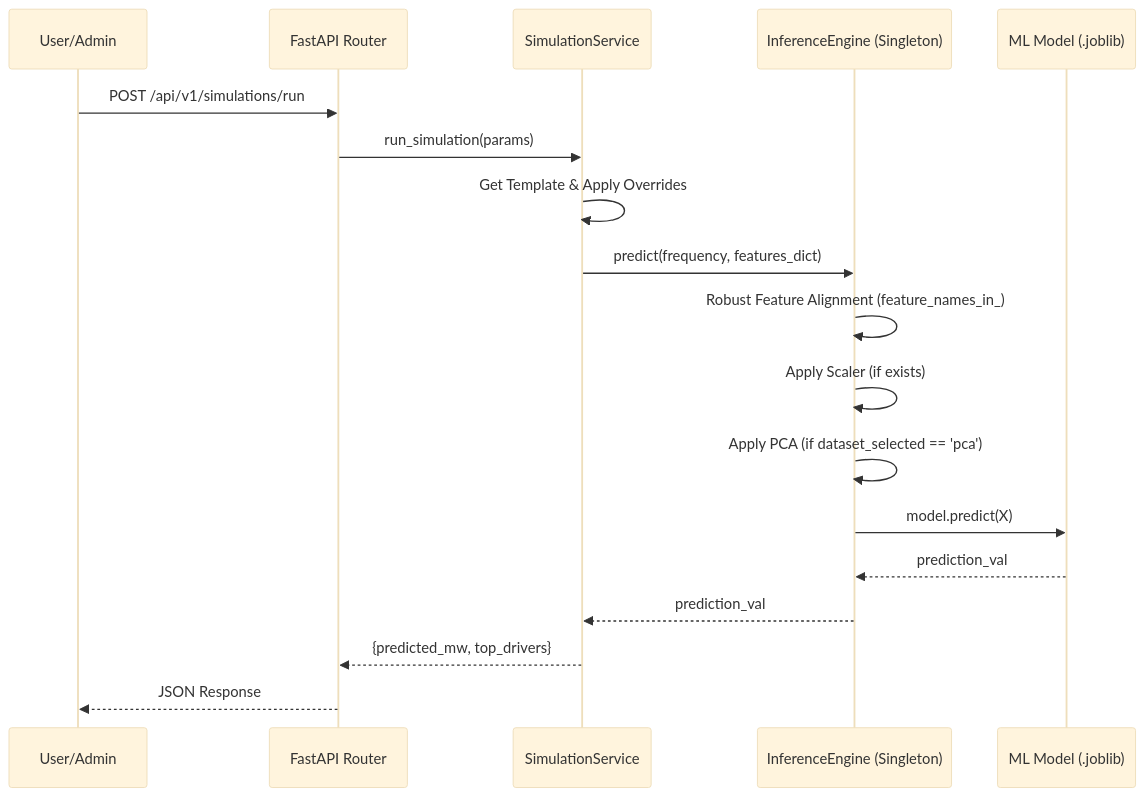
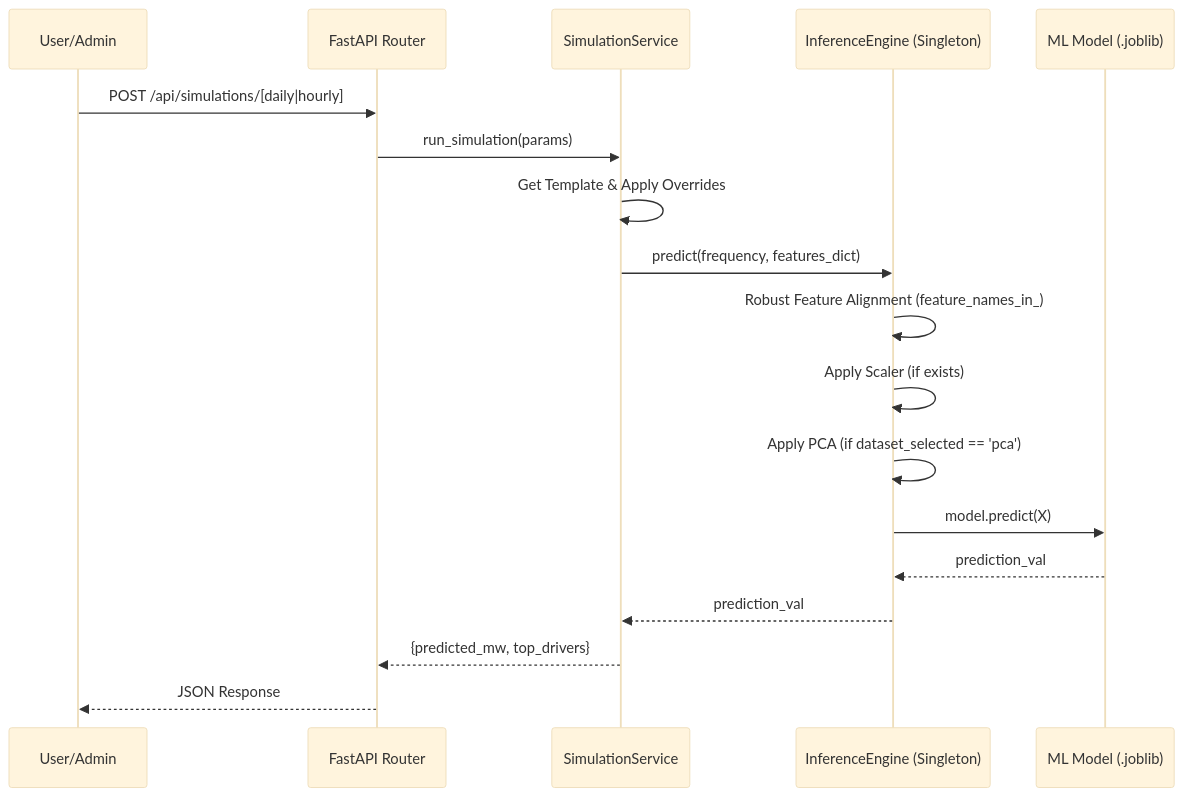
Before and after one commit to Pedr0S22/climate-driven-energy-demand-analytics-system: the diagram in Design/DESIGN.md, drawn with Mermaid (base theme). The commit also changed other lines of this file, not shown here.

````diff
--- a/Design/DESIGN.md
+++ b/Design/DESIGN.md
@@ -404,21 +416,21 @@
 ```mermaid
 sequenceDiagram
     participant U as User/Admin
     participant API as FastAPI Router
     participant SS as SimulationService
     participant IE as InferenceEngine (Singleton)
     participant M as ML Model (.joblib)
 
-    U->>API: POST /api/v1/simulations/run
+    U->>API: POST /api/simulations/[daily|hourly]
     API->>SS: run_simulation(params)
     SS->>SS: Get Template & Apply Overrides
     SS->>IE: predict(frequency, features_dict)
     IE->>IE: Robust Feature Alignment (feature_names_in_)
     IE->>IE: Apply Scaler (if exists)
     IE->>IE: Apply PCA (if dataset_selected == 'pca')
     IE->>M: model.predict(X)
     M-->>IE: prediction_val
     IE-->>SS: prediction_val
     SS-->>API: {predicted_mw, top_drivers}
     API-->>U: JSON Response
 ```
````
